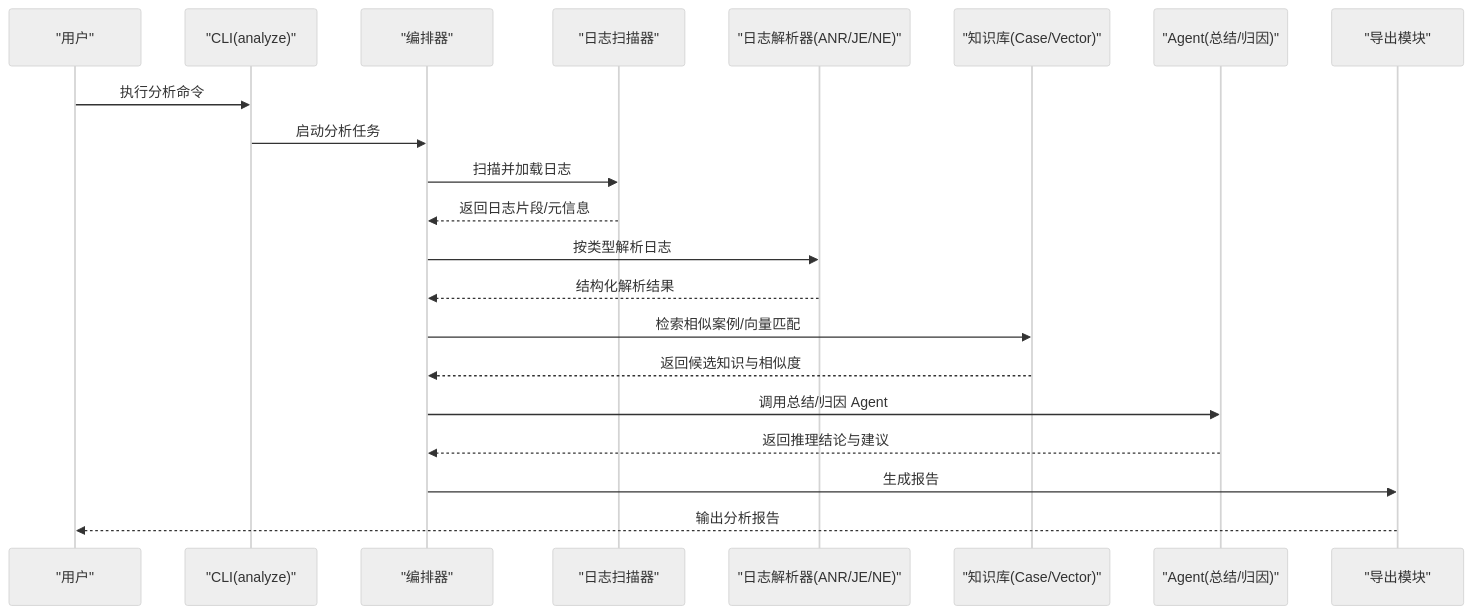
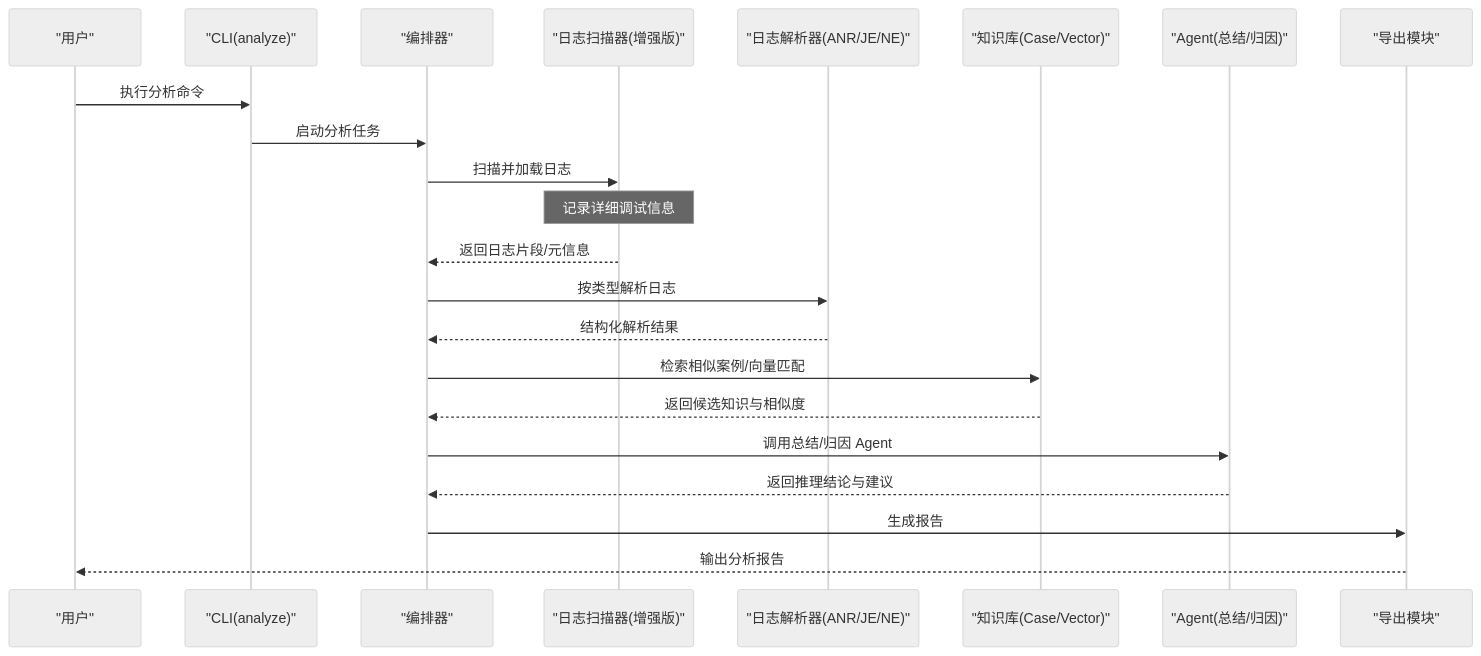
Before and after one commit to PengFan001/Jirin: the second of 10 diagrams in .qoder/repowiki/zh/content/工具集/日志扫描工具.md, drawn with Mermaid (neutral theme). The commit also changed other lines of this file and 20 other files, not shown here.

````diff
--- a/.qoder/repowiki/zh/content/工具集/日志扫描工具.md
+++ b/.qoder/repowiki/zh/content/工具集/日志扫描工具.md
@@ -147,23 +157,24 @@
 ```mermaid
 sequenceDiagram
 participant User as "用户"
 participant CLI as "CLI(analyze)"
 participant Orchestrator as "编排器"
-participant Scanner as "日志扫描器"
+participant Scanner as "日志扫描器(增强版)"
 participant Parser as "日志解析器(ANR/JE/NE)"
 participant Knowledge as "知识库(Case/Vector)"
 participant Agents as "Agent(总结/归因)"
 participant Exporter as "导出模块"
 User->>CLI : 执行分析命令
 CLI->>Orchestrator : 启动分析任务
 Orchestrator->>Scanner : 扫描并加载日志
+Note over Scanner : 记录详细调试信息
 Scanner-->>Orchestrator : 返回日志片段/元信息
 Orchestrator->>Parser : 按类型解析日志
 Parser-->>Orchestrator : 结构化解析结果
 Orchestrator->>Knowledge : 检索相似案例/向量匹配
 Knowledge-->>Orchestrator : 返回候选知识与相似度
 Orchestrator->>Agents : 调用总结/归因 Agent
 Agents-->>Orchestrator : 返回推理结论与建议
 Orchestrator->>Exporter : 生成报告
 Exporter-->>User : 输出分析报告
 ```
````
